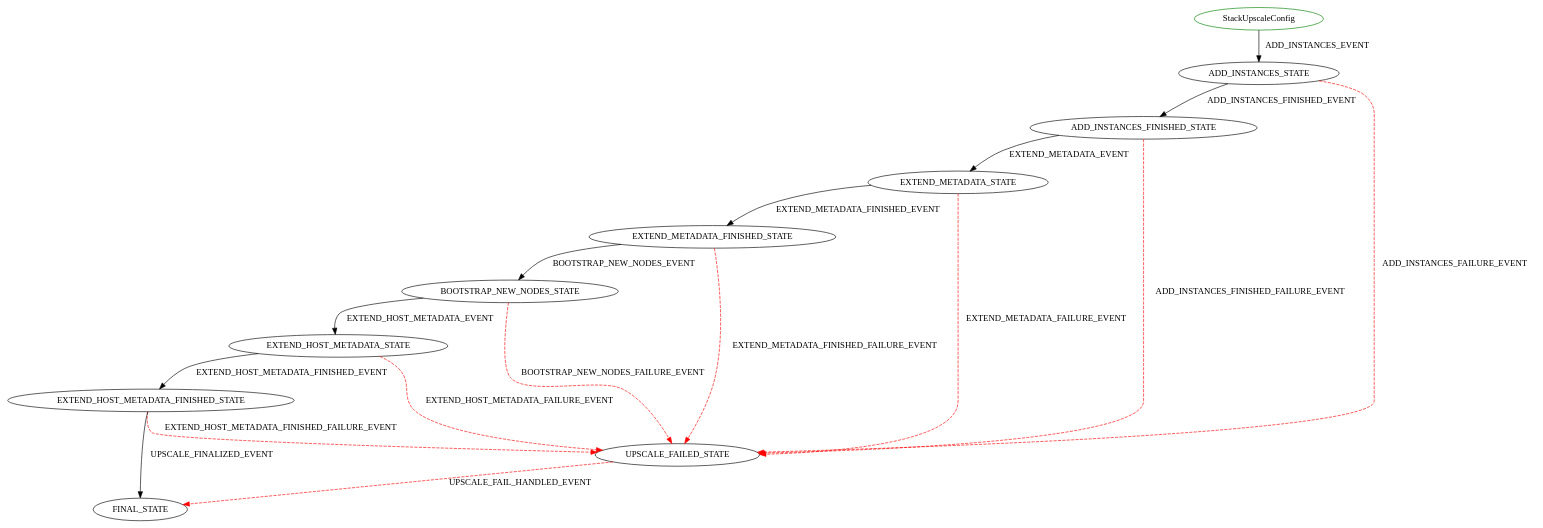
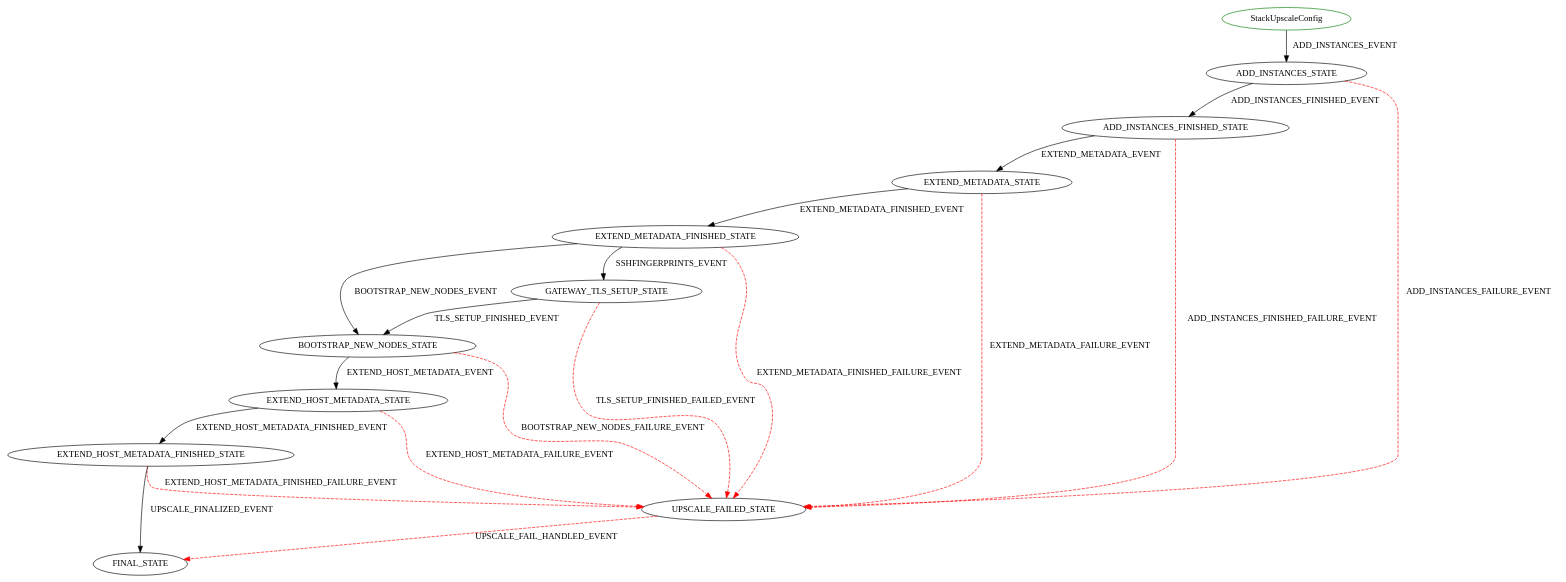
The diagram in latest/diagrams/StackUpscaleConfig.dot (hortonworks/cloudbreak-docs), drawn with Graphviz before and after one commit. The commit also changed 47 other files, not shown here.

```diff
--- a/latest/diagrams/StackUpscaleConfig.dot
+++ b/latest/diagrams/StackUpscaleConfig.dot
@@ -1,19 +1,22 @@
 digraph {
 INIT_STATE [label="StackUpscaleConfig" shape=ellipse color=green];
 INIT_STATE -> ADD_INSTANCES_STATE [label="ADD_INSTANCES_EVENT" color=black style=solid];
 ADD_INSTANCES_STATE -> ADD_INSTANCES_FINISHED_STATE [label="ADD_INSTANCES_FINISHED_EVENT" color=black style=solid];
 ADD_INSTANCES_STATE -> UPSCALE_FAILED_STATE [label="ADD_INSTANCES_FAILURE_EVENT" color=red style=dashed];
 UPSCALE_FAILED_STATE -> FINAL_STATE [label="UPSCALE_FAIL_HANDLED_EVENT" color=red style=dashed];
 ADD_INSTANCES_FINISHED_STATE -> EXTEND_METADATA_STATE [label="EXTEND_METADATA_EVENT" color=black style=solid];
 ADD_INSTANCES_FINISHED_STATE -> UPSCALE_FAILED_STATE [label="ADD_INSTANCES_FINISHED_FAILURE_EVENT" color=red style=dashed];
 EXTEND_METADATA_STATE -> EXTEND_METADATA_FINISHED_STATE [label="EXTEND_METADATA_FINISHED_EVENT" color=black style=solid];
 EXTEND_METADATA_STATE -> UPSCALE_FAILED_STATE [label="EXTEND_METADATA_FAILURE_EVENT" color=red style=dashed];
 EXTEND_METADATA_FINISHED_STATE -> BOOTSTRAP_NEW_NODES_STATE [label="BOOTSTRAP_NEW_NODES_EVENT" color=black style=solid];
 EXTEND_METADATA_FINISHED_STATE -> UPSCALE_FAILED_STATE [label="EXTEND_METADATA_FINISHED_FAILURE_EVENT" color=red style=dashed];
+EXTEND_METADATA_FINISHED_STATE -> GATEWAY_TLS_SETUP_STATE [label="SSHFINGERPRINTS_EVENT" color=black style=solid];
+GATEWAY_TLS_SETUP_STATE -> BOOTSTRAP_NEW_NODES_STATE [label="TLS_SETUP_FINISHED_EVENT" color=black style=solid];
+GATEWAY_TLS_SETUP_STATE -> UPSCALE_FAILED_STATE [label="TLS_SETUP_FINISHED_FAILED_EVENT" color=red style=dashed];
 BOOTSTRAP_NEW_NODES_STATE -> EXTEND_HOST_METADATA_STATE [label="EXTEND_HOST_METADATA_EVENT" color=black style=solid];
 BOOTSTRAP_NEW_NODES_STATE -> UPSCALE_FAILED_STATE [label="BOOTSTRAP_NEW_NODES_FAILURE_EVENT" color=red style=dashed];
 EXTEND_HOST_METADATA_STATE -> EXTEND_HOST_METADATA_FINISHED_STATE [label="EXTEND_HOST_METADATA_FINISHED_EVENT" color=black style=solid];
 EXTEND_HOST_METADATA_STATE -> UPSCALE_FAILED_STATE [label="EXTEND_HOST_METADATA_FAILURE_EVENT" color=red style=dashed];
 EXTEND_HOST_METADATA_FINISHED_STATE -> FINAL_STATE [label="UPSCALE_FINALIZED_EVENT" color=black style=solid];
 EXTEND_HOST_METADATA_FINISHED_STATE -> UPSCALE_FAILED_STATE [label="EXTEND_HOST_METADATA_FINISHED_FAILURE_EVENT" color=red style=dashed];
 }
```
